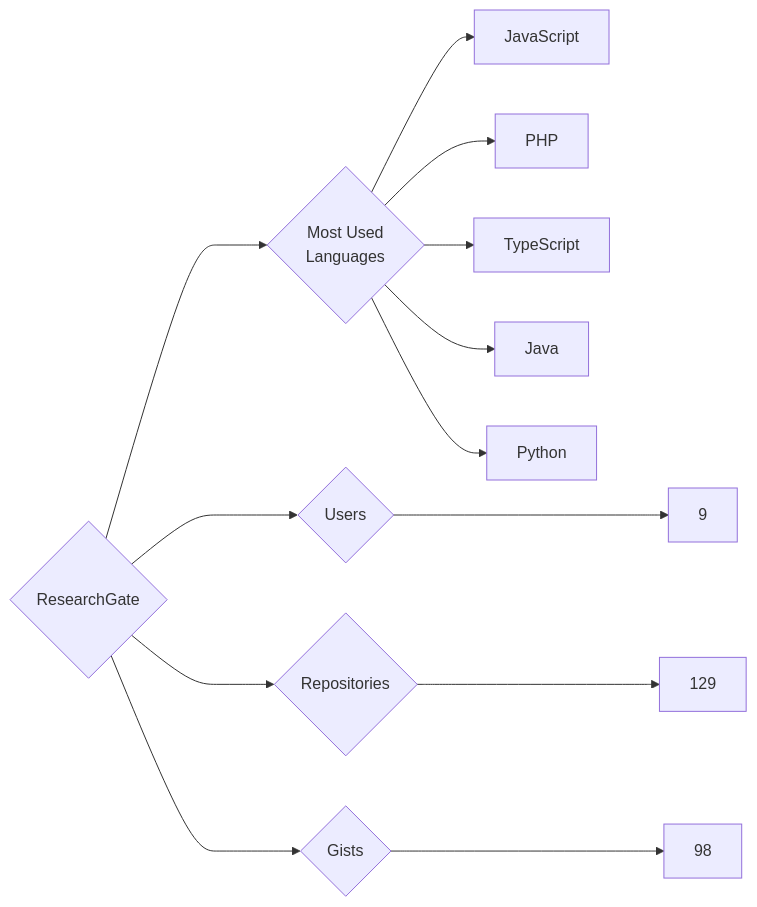
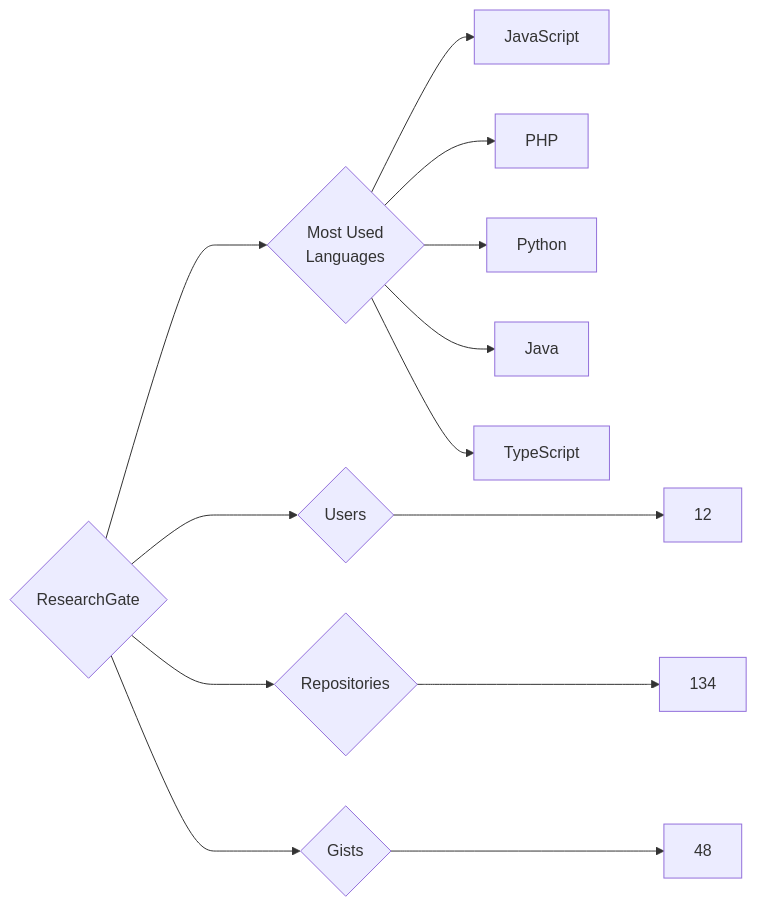
The diagram in targets/ResearchGate/README.md (trickest/insiders), drawn with Mermaid before and after one commit. The commit also changed 940 other files, not shown here.

````diff
--- a/targets/ResearchGate/README.md
+++ b/targets/ResearchGate/README.md
@@ -3,13 +3,13 @@
 ```mermaid
 graph LR
 COMPANY_NAME{ResearchGate}
-COMPANY_NAME ---> U{Users} ---> UN[9]
-COMPANY_NAME ---> R{Repositories} ---> RN[129]
-COMPANY_NAME ---> G{Gists} ---> GN[98]
+COMPANY_NAME ---> U{Users} ---> UN[12]
+COMPANY_NAME ---> R{Repositories} ---> RN[134]
+COMPANY_NAME ---> G{Gists} ---> GN[48]
 COMPANY_NAME ---> ML{Most Used<br>Languages}
 ML --> JavaScript[JavaScript]
 ML --> PHP[PHP]
+ML --> Python[Python]
+ML --> Java[Java]
 ML --> TypeScript[TypeScript]
-ML --> Java[Java]
-ML --> Python[Python]
 ```
````
